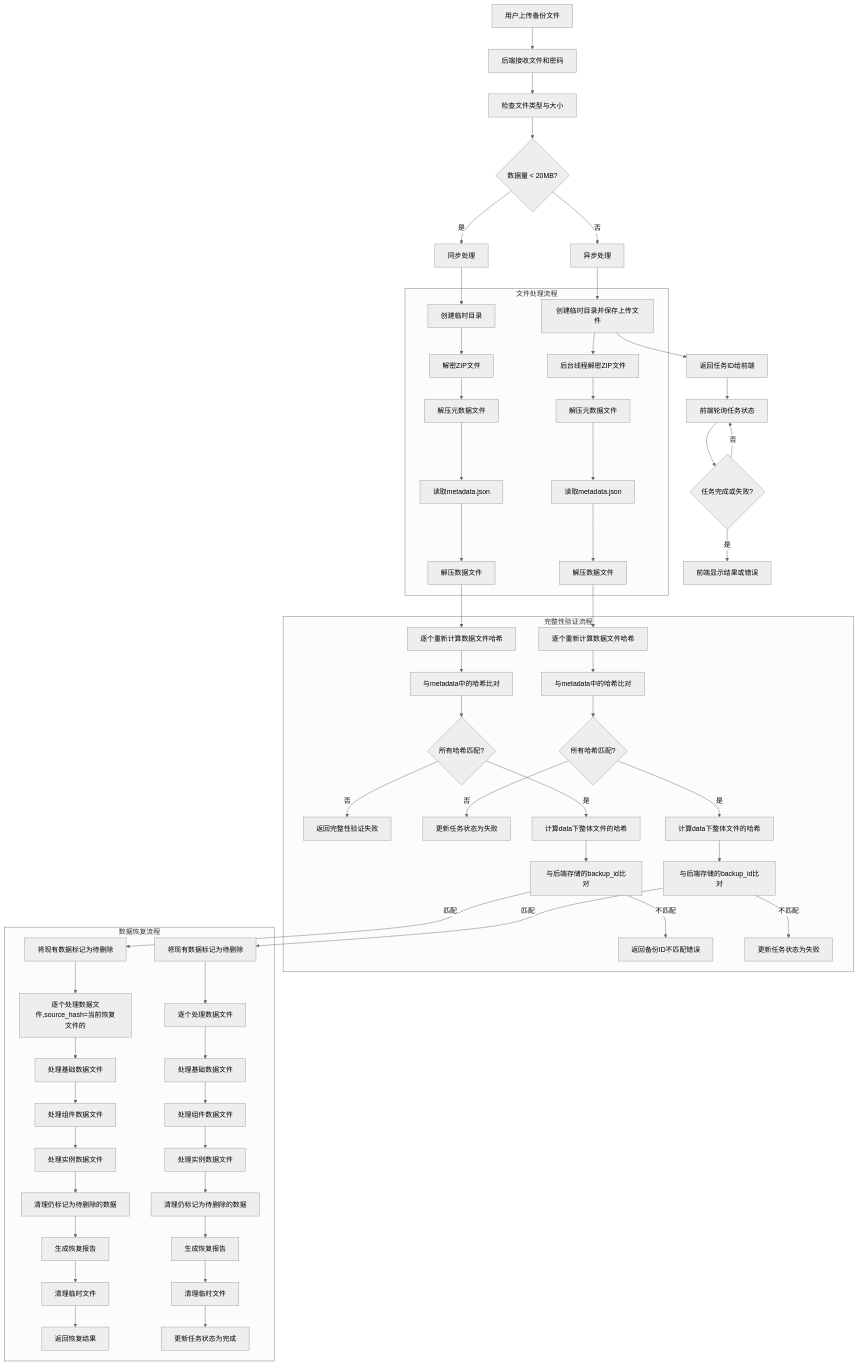
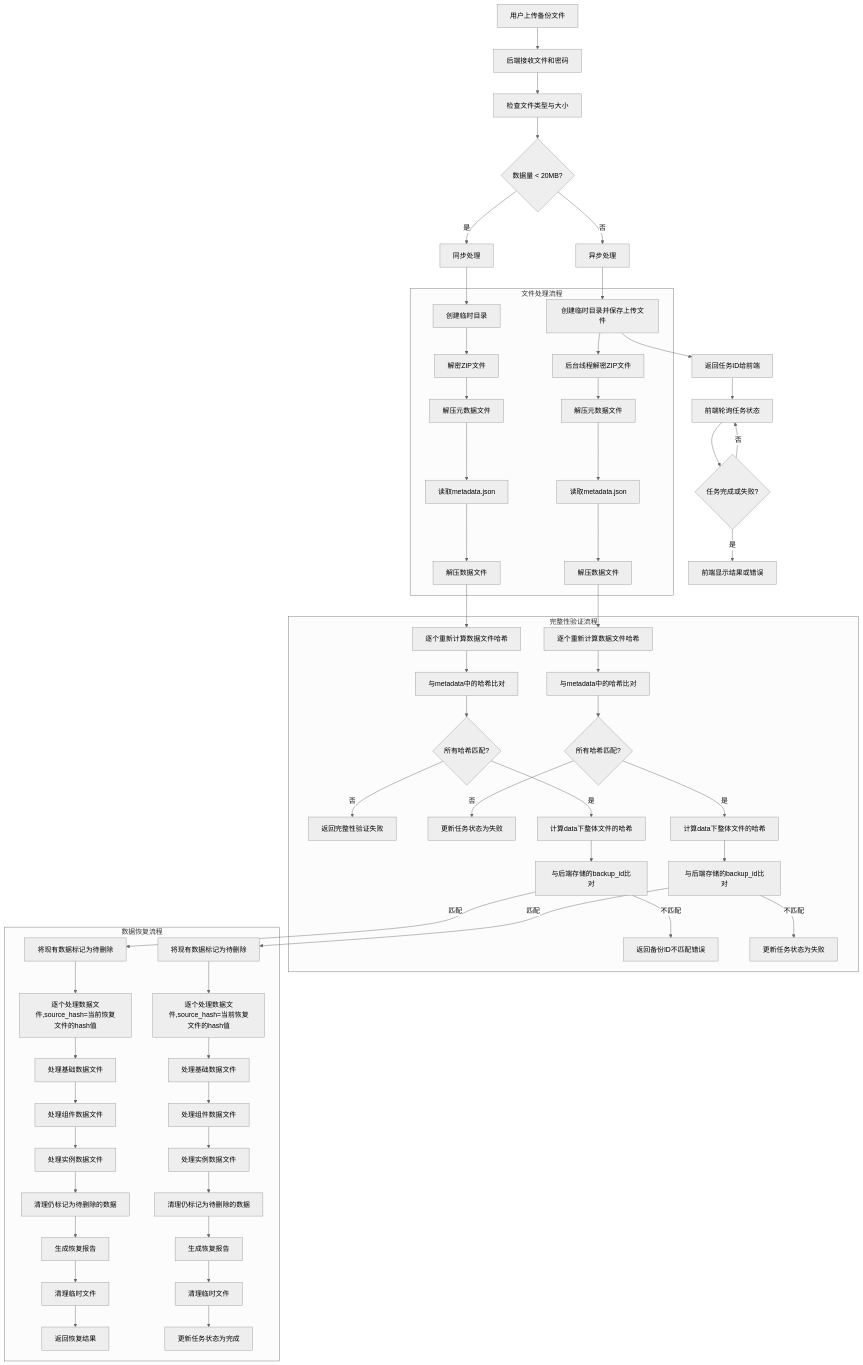
The diagram in all/未命名-63.md (yingjianzh/iodraw-files), drawn with Mermaid (neutral theme) before and after one commit.

Commit message:
2025-05-19 14:47:21 update

```diff
--- a/all/未命名-63.md
+++ b/all/未命名-63.md
@@ -54,8 +54,8 @@
         Q1 -->|匹配| S1[将现有数据标记为待删除]
         Q2 -->|匹配| S2[将现有数据标记为待删除]
         
-        S1 --> T1[逐个处理数据文件,source_hash=当前恢复文件的]
-        S2 --> T2[逐个处理数据文件]
+        S1 --> T1[逐个处理数据文件,source_hash=当前恢复文件的hash值]
+        S2 --> T2[逐个处理数据文件,source_hash=当前恢复文件的hash值]
         
         T1 --> U1[处理基础数据文件]
         T2 --> U2[处理基础数据文件]
```
